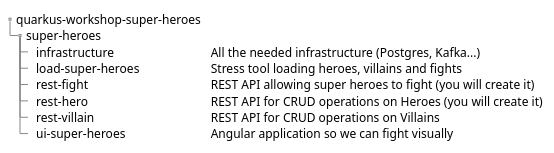
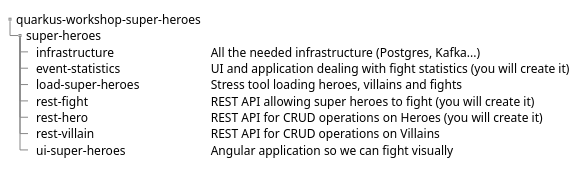
One commit to quarkusio/quarkus-workshops changed the second of 4 diagrams in quarkus-workshop-super-heroes/docs/src/main/asciidoc/introduction-preparing.adoc. Above: the diagram before and after it, drawn with PlantUML. The commit also changed other lines of this file and 137 other files, not shown here.

```diff
--- a/quarkus-workshop-super-heroes/docs/src/main/asciidoc/introduction-preparing.adoc
+++ b/quarkus-workshop-super-heroes/docs/src/main/asciidoc/introduction-preparing.adoc
@@ -37,18 +38,19 @@
 [plantuml]
 ----
 @startsalt
 {
 {
 T
 quarkus-workshop-super-heroes
 + super-heroes
 ++ infrastructure          | All the needed infrastructure (Postgres, Kafka...)
+++ event-statistics        | UI and application dealing with fight statistics (you will create it)
 ++ load-super-heroes       | Stress tool loading heroes, villains and fights
 ++ rest-fight              | REST API allowing super heroes to fight (you will create it)
 ++ rest-hero               | REST API for CRUD operations on Heroes (you will create it)
 ++ rest-villain            | REST API for CRUD operations on Villains
 ++ ui-super-heroes         | Angular application so we can fight visually
 }
 }
 @endsalt
 ----
```
